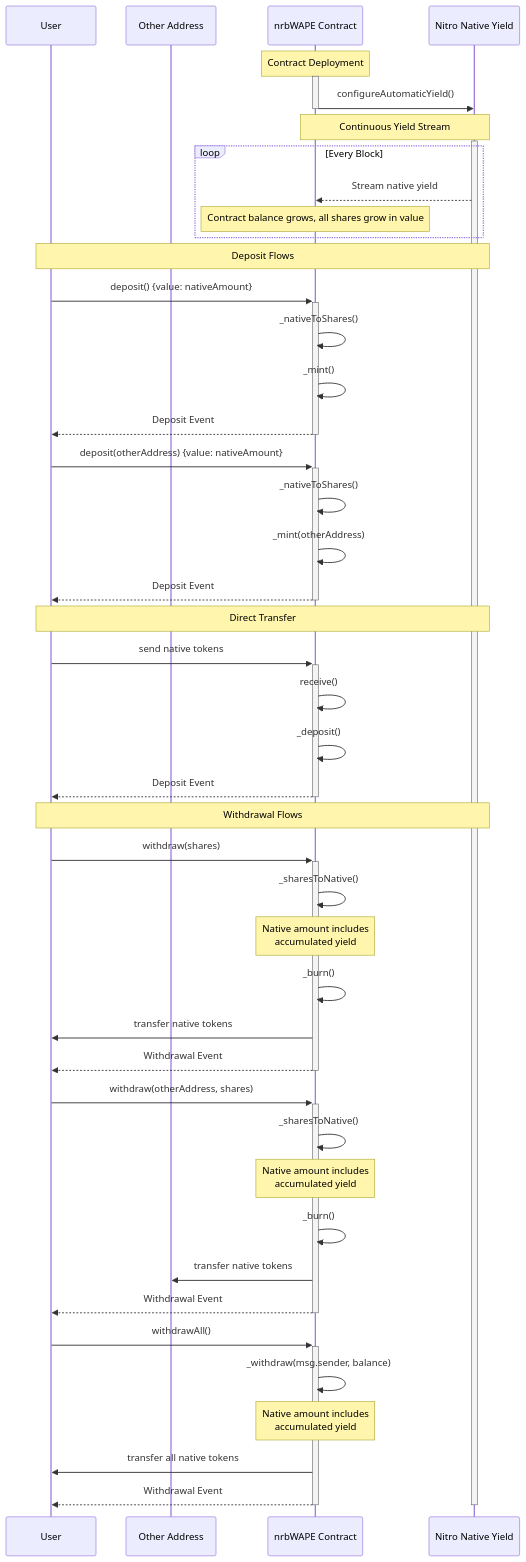
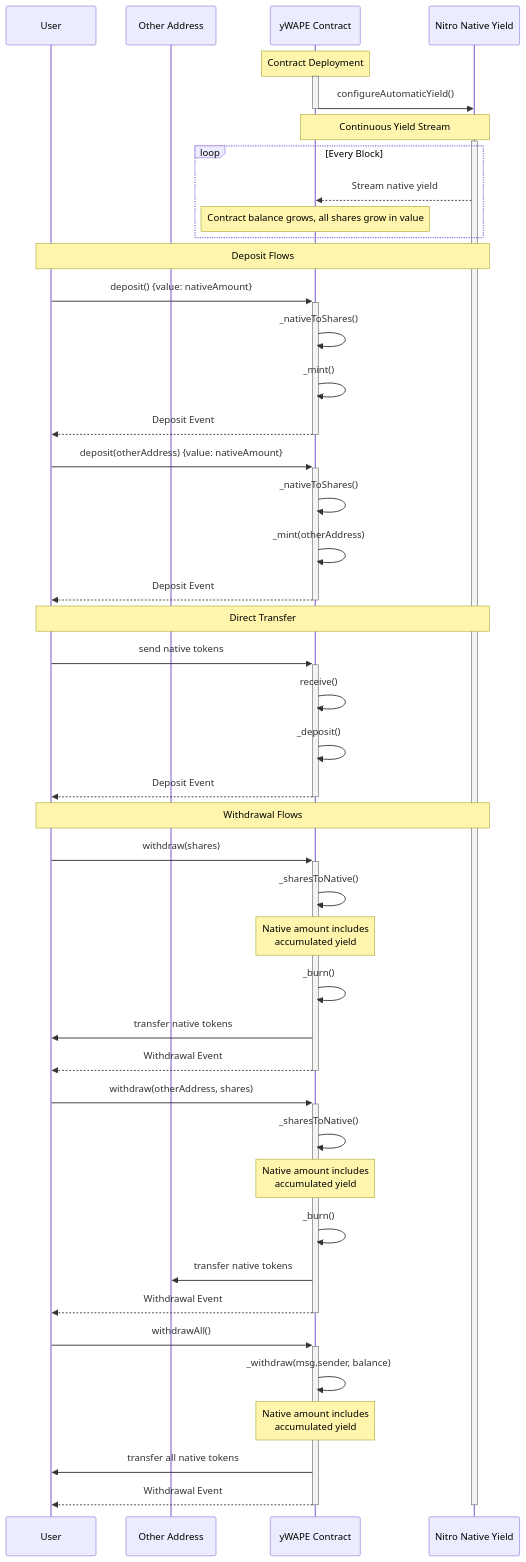
Before and after one commit to ConstellationCrypto/canonical-weth: the diagram in README.md, drawn with Mermaid. The commit also changed other lines of this file and 2 other files, not shown here.

Commit message:
chore: rename to yWAPE

````diff
--- a/README.md
+++ b/README.md
@@ -97,67 +97,67 @@
 ```mermaid
 sequenceDiagram
     participant User
     participant Other as Other Address
-    participant WAPE as nrbWAPE Contract
+    participant WAPE as yWAPE Contract
     participant Nitro as Nitro Native Yield
 
     Note over WAPE: Contract Deployment
     activate WAPE
     WAPE->>Nitro: configureAutomaticYield()
     deactivate WAPE
 
     Note over Nitro,WAPE: Continuous Yield Stream
     activate Nitro
     loop Every Block
         Nitro-->>WAPE: Stream native yield
         Note over WAPE: Contract balance grows, all shares grow in value
     end
 
     Note over User,Nitro: Deposit Flows
 
     User->>+WAPE: deposit() {value: nativeAmount}
     WAPE->>WAPE: _nativeToShares()
     WAPE->>WAPE: _mint()
     WAPE-->>User: Deposit Event
     deactivate WAPE
 
     User->>+WAPE: deposit(otherAddress) {value: nativeAmount}
     WAPE->>WAPE: _nativeToShares()
     WAPE->>WAPE: _mint(otherAddress)
     WAPE-->>User: Deposit Event
     deactivate WAPE
 
     Note over User,Nitro: Direct Transfer
     User->>+WAPE: send native tokens
     WAPE->>WAPE: receive()
     WAPE->>WAPE: _deposit()
     WAPE-->>User: Deposit Event
     deactivate WAPE
 
     Note over User,Nitro: Withdrawal Flows
 
     User->>+WAPE: withdraw(shares)
     WAPE->>WAPE: _sharesToNative()
     Note over WAPE: Native amount includes<br/>accumulated yield
     WAPE->>WAPE: _burn()
     WAPE->>User: transfer native tokens
     WAPE-->>User: Withdrawal Event
     deactivate WAPE
 
     User->>+WAPE: withdraw(otherAddress, shares)
     WAPE->>WAPE: _sharesToNative()
     Note over WAPE: Native amount includes<br/>accumulated yield
     WAPE->>WAPE: _burn()
     WAPE->>Other: transfer native tokens
     WAPE-->>User: Withdrawal Event
     deactivate WAPE
 
     User->>+WAPE: withdrawAll()
     WAPE->>WAPE: _withdraw(msg.sender, balance)
     Note over WAPE: Native amount includes<br/>accumulated yield
     WAPE->>User: transfer all native tokens
     WAPE-->>User: Withdrawal Event
     deactivate WAPE
 
     deactivate Nitro
 ```
````
